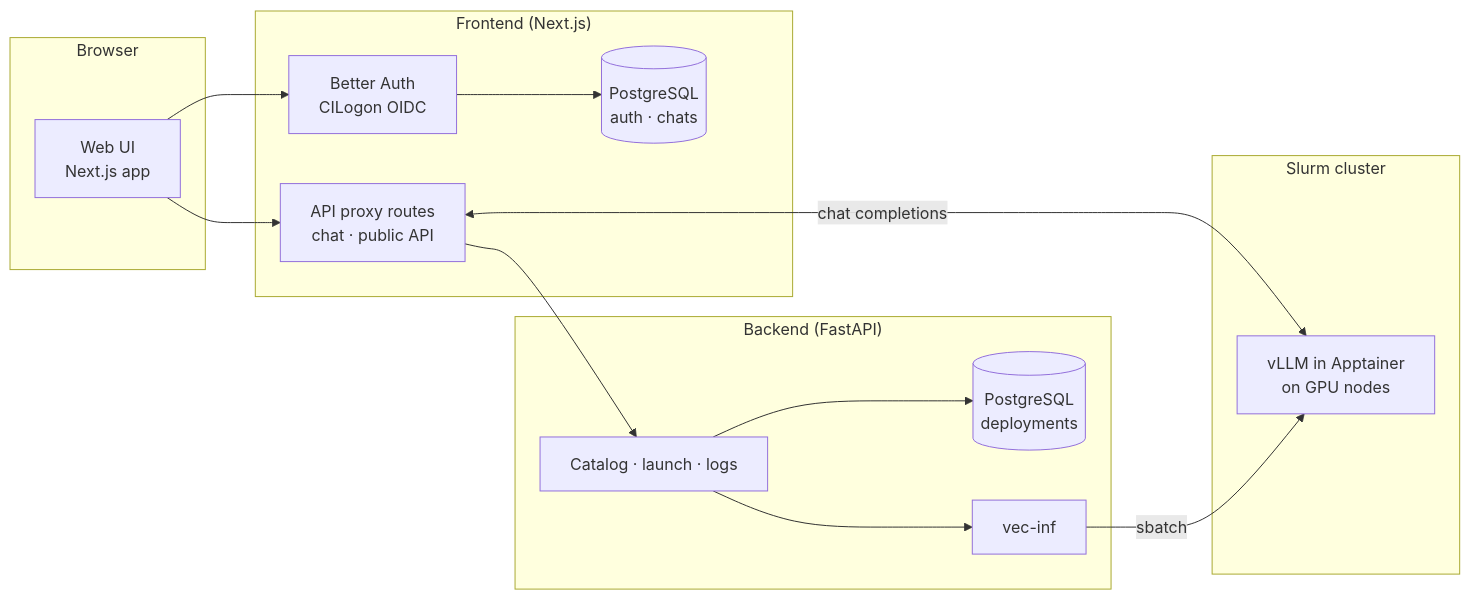
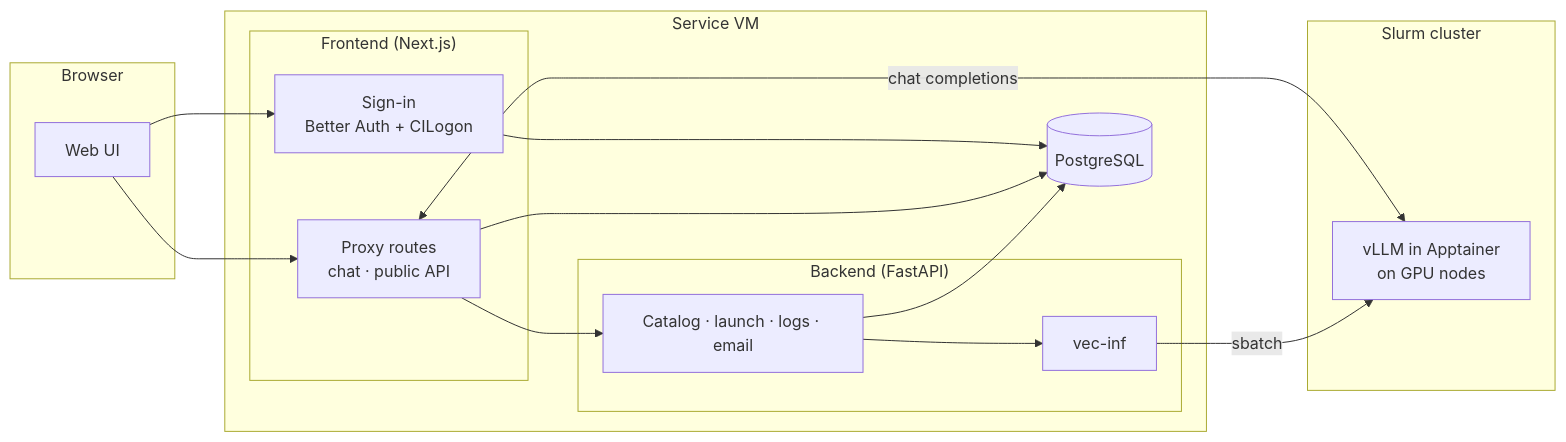
One commit to Center-for-AI-Innovation/LLMHub changed the diagram in docs/how-it-works/architecture.md. Above: the diagram before and after it, drawn with Mermaid. The commit also changed other lines of this file and 13 other files, not shown here.

````diff
--- a/docs/how-it-works/architecture.md
+++ b/docs/how-it-works/architecture.md
@@ -3,31 +3,32 @@
 ```mermaid
 flowchart LR
     subgraph Browser
-        UI[Web UI<br>Next.js app]
+        UI[Web UI]
     end
 
-    subgraph Frontend VM ["Frontend (Next.js)"]
-        AUTH[Better Auth<br>CILogon OIDC]
-        PROXY[API proxy routes<br>chat · public API]
-        FE[(PostgreSQL<br>auth · chats)]
-    end
-
-    subgraph Backend ["Backend (FastAPI)"]
-        API[Catalog · launch · logs]
-        BE[(PostgreSQL<br>deployments)]
-        VI[vec-inf]
+    subgraph VM ["Service VM"]
+        subgraph FE ["Frontend (Next.js)"]
+            AUTH[Sign-in<br>Better Auth + CILogon]
+            PROXY[Proxy routes<br>chat · public API]
+        end
+        subgraph BE ["Backend (FastAPI)"]
+            API[Catalog · launch · logs · email]
+            VI[vec-inf]
+        end
+        DB[(PostgreSQL)]
     end
 
     subgraph Cluster ["Slurm cluster"]
         JOB[vLLM in Apptainer<br>on GPU nodes]
     end
 
     UI --> AUTH
     UI --> PROXY
     PROXY <-->|"chat completions"| JOB
     PROXY --> API
-    API --> BE
+    AUTH --> DB
+    PROXY --> DB
+    API --> DB
     API --> VI
     VI -->|"sbatch"| JOB
-    AUTH --> FE
 ```
````
